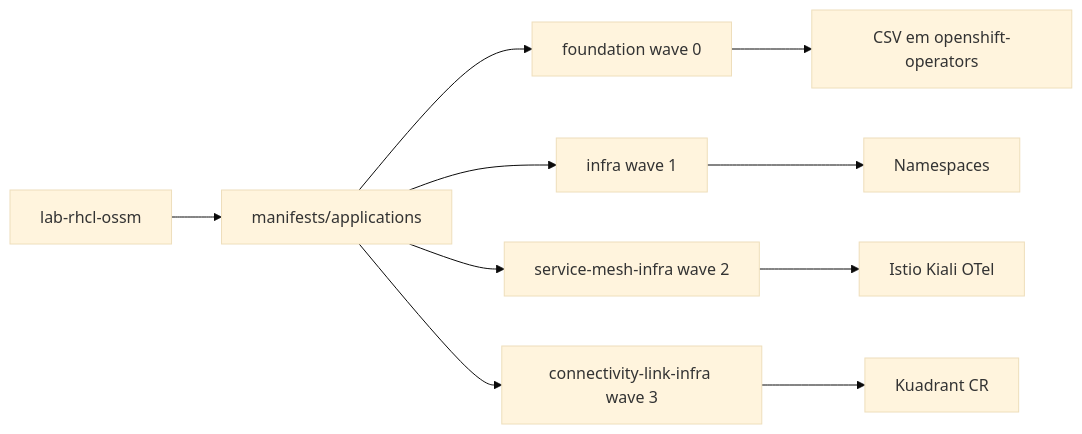
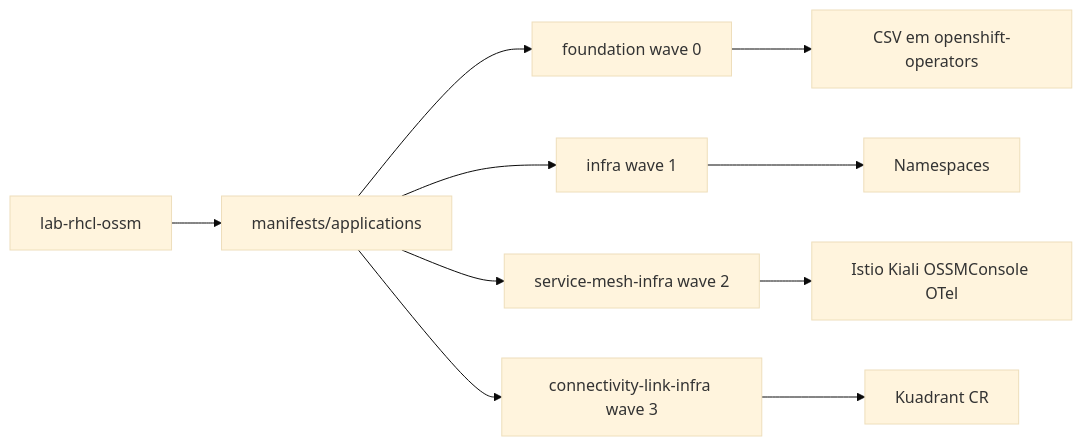
The diagram in README.md (thegusmao/rhcl-rhossm), drawn with Mermaid (base theme) before and after one commit. The commit also changed other lines of this file and 4 other files, not shown here.

First line of the commit message:
feat(service-mesh): add OSSMConsole CR for OpenShift console plugin

````diff
--- a/README.md
+++ b/README.md
@@ -39,12 +40,12 @@
 ```mermaid
 flowchart LR
   Bootstrap[lab-rhcl-ossm] --> Apps[manifests/applications]
   Apps --> Foundation[foundation wave 0]
   Apps --> Infra[infra wave 1]
   Apps --> MeshApp[service-mesh-infra wave 2]
   Apps --> RhclApp[connectivity-link-infra wave 3]
   Foundation --> Operators[CSV em openshift-operators]
   Infra --> NS[Namespaces]
-  MeshApp --> Mesh[Istio Kiali OTel]
+  MeshApp --> Mesh[Istio Kiali OSSMConsole OTel]
   RhclApp --> RHCL[Kuadrant CR]
 ```
````
